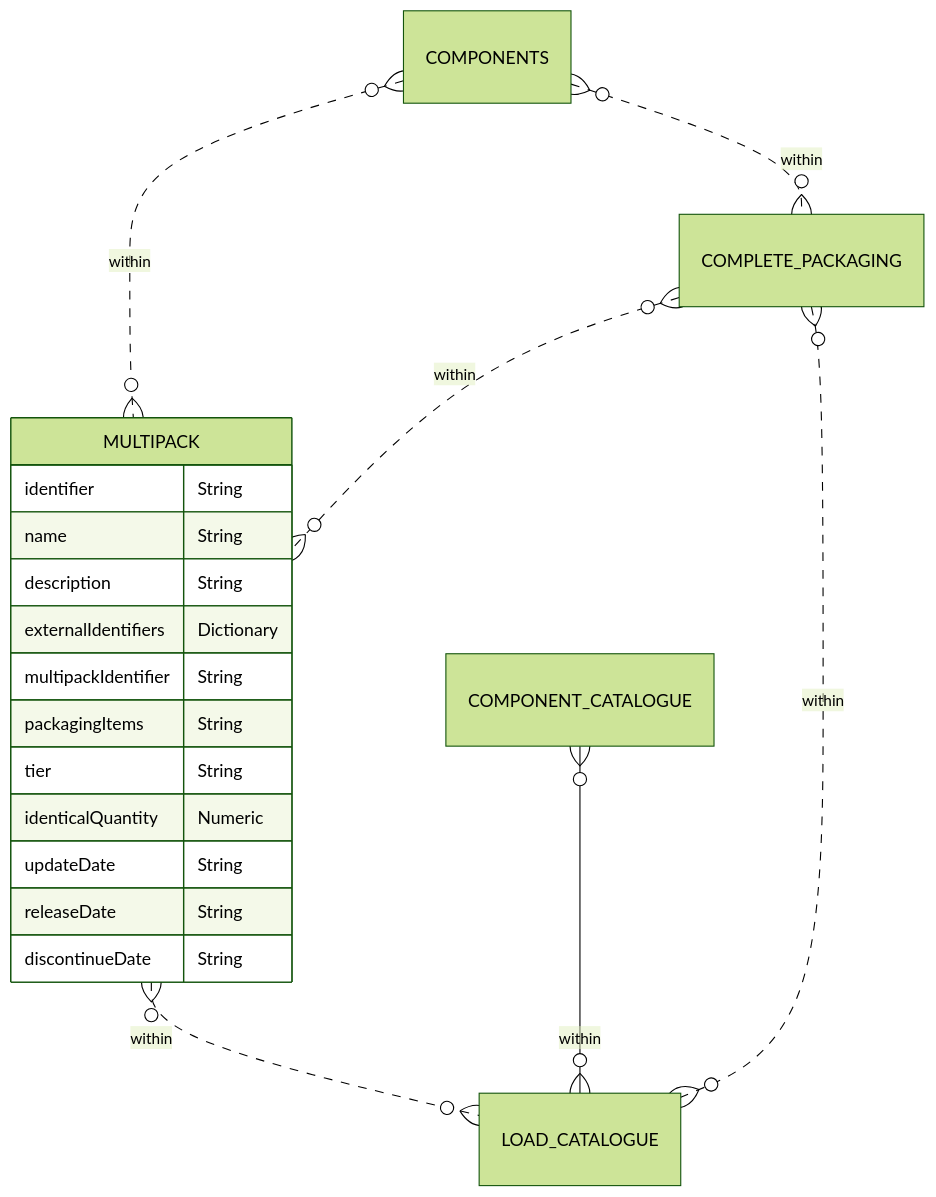
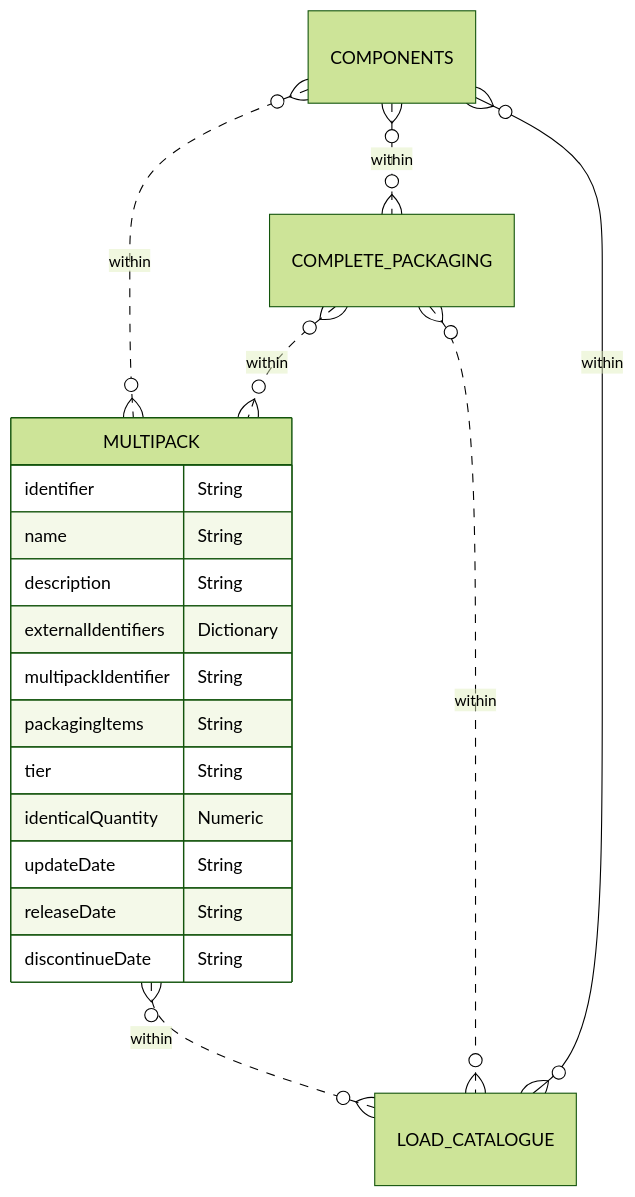
Before and after one commit to OpenDataManchester/Open3P: the diagram in docs/3_Data_Specification/3_5_Multipack.md, drawn with Mermaid (forest theme).

Commit message:
Fixed schema diagram

````diff
--- a/docs/3_Data_Specification/3_5_Multipack.md
+++ b/docs/3_Data_Specification/3_5_Multipack.md
@@ -28,22 +28,22 @@
 ``` mermaid
 erDiagram
 COMPONENTS }o..o{ MULTIPACK : within
 COMPONENTS }o..o{ COMPLETE_PACKAGING : within
 COMPLETE_PACKAGING }o..o{ MULTIPACK : within
   MULTIPACK {
     identifier String
     name String
     description String
     externalIdentifiers Dictionary
     multipackIdentifier String
     packagingItems String
     tier String
     identicalQuantity Numeric
     updateDate String
     releaseDate String
     discontinueDate String
   }
   COMPLETE_PACKAGING }o..o{ LOAD_CATALOGUE : within
   MULTIPACK }o..o{ LOAD_CATALOGUE : within
-  COMPONENT_CATALOGUE }o--o{ LOAD_CATALOGUE : within
+  COMPONENTS }o--o{ LOAD_CATALOGUE : within
 ```
````
